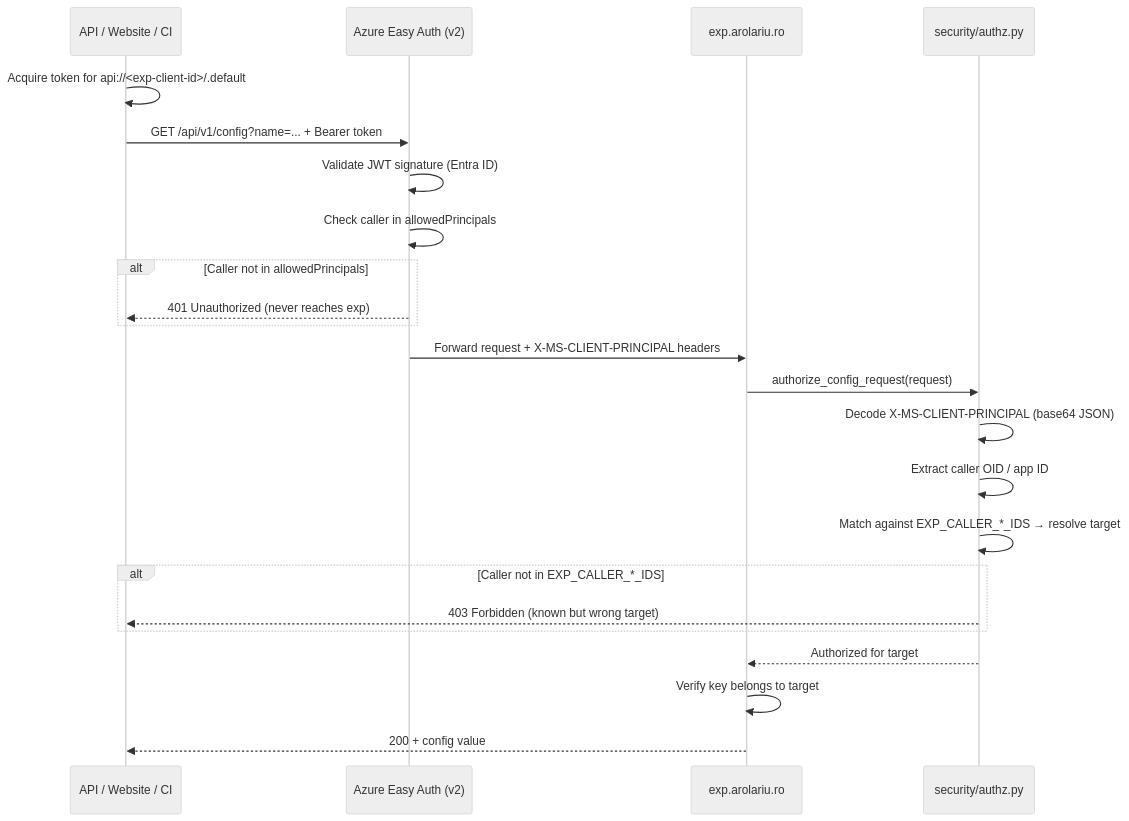
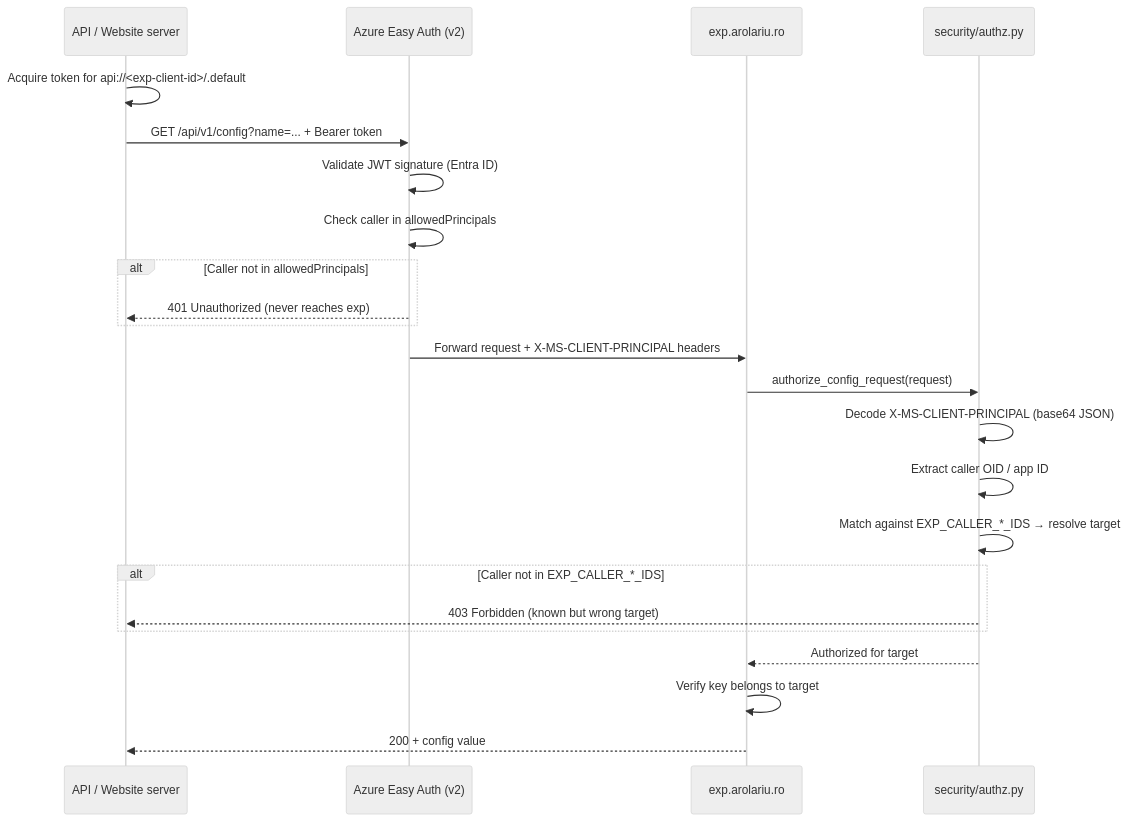
The fourth of 6 diagrams in sites/exp.arolariu.ro/README.md (arolariu/arolariu.ro), drawn with Mermaid (neutral theme) before and after one commit. The commit also changed other lines of this file and 1 other file, not shown here.

````diff
--- a/sites/exp.arolariu.ro/README.md
+++ b/sites/exp.arolariu.ro/README.md
@@ -564,30 +603,30 @@
 ```mermaid
 sequenceDiagram
-    participant Caller as API / Website / CI
+    participant Caller as API / Website server
     participant EasyAuth as Azure Easy Auth (v2)
     participant Exp as exp.arolariu.ro
     participant Authz as security/authz.py
 
     Caller->>Caller: Acquire token for api://<exp-client-id>/.default
     Caller->>EasyAuth: GET /api/v1/config?name=... + Bearer token
     EasyAuth->>EasyAuth: Validate JWT signature (Entra ID)
     EasyAuth->>EasyAuth: Check caller in allowedPrincipals
 
     alt Caller not in allowedPrincipals
         EasyAuth-->>Caller: 401 Unauthorized (never reaches exp)
     end
 
     EasyAuth->>Exp: Forward request + X-MS-CLIENT-PRINCIPAL headers
     Exp->>Authz: authorize_config_request(request)
     Authz->>Authz: Decode X-MS-CLIENT-PRINCIPAL (base64 JSON)
     Authz->>Authz: Extract caller OID / app ID
     Authz->>Authz: Match against EXP_CALLER_*_IDS → resolve target
 
     alt Caller not in EXP_CALLER_*_IDS
         Authz-->>Caller: 403 Forbidden (known but wrong target)
     end
 
     Authz-->>Exp: Authorized for target
     Exp->>Exp: Verify key belongs to target
     Exp-->>Caller: 200 + config value
 ```
````
